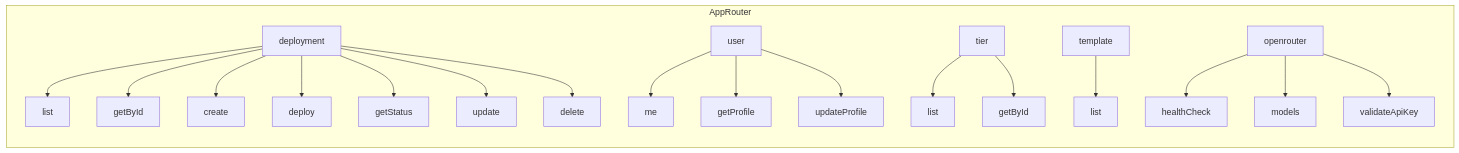
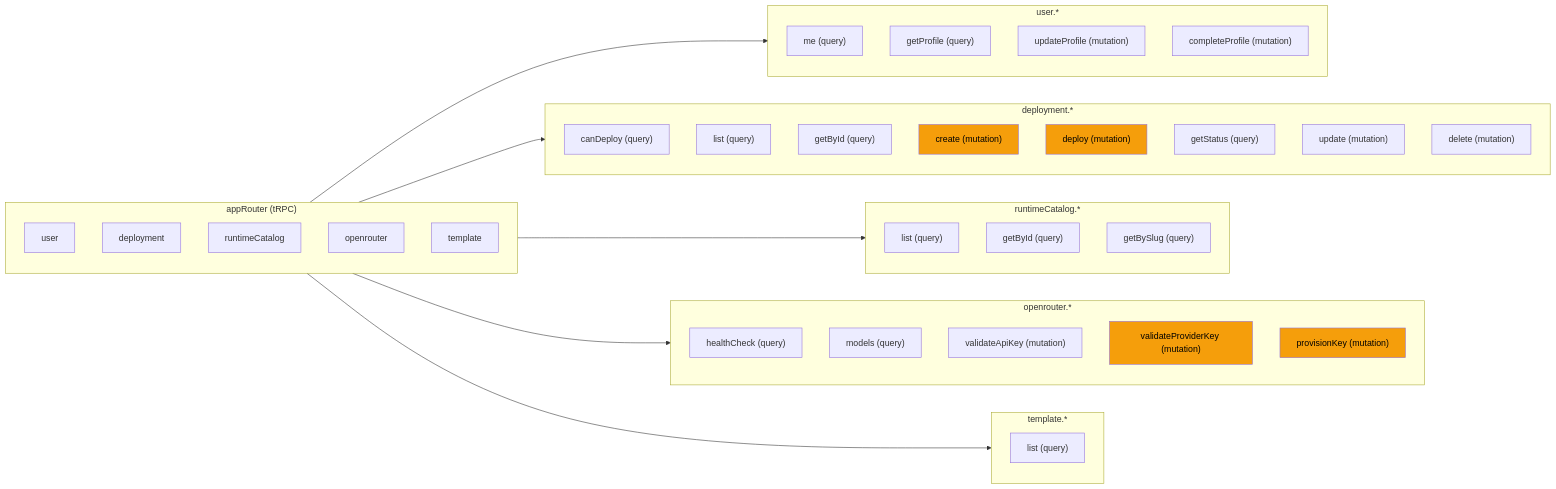
The third of 14 diagrams in ARCHITECTURE.md (Bretthb/jarble), drawn with Mermaid before and after one commit. The commit also changed other lines of this file and 18 other files, not shown here.

First line of the commit message:
Migrate to pay-as-you-go runtime catalog, dynamic wizard steps, multi-provider BYOK

````diff
--- a/ARCHITECTURE.md
+++ b/ARCHITECTURE.md
@@ -318,26 +190,63 @@
 ```mermaid
-flowchart LR
-    subgraph AppRouter
+graph LR
+    subgraph appRouter["appRouter (tRPC)"]
         direction TB
-        A["deployment"] --> A1["list"]
-        A --> A2["getById"]
-        A --> A3["create"]
-        A --> A4["deploy"]
-        A --> A5["getStatus"]
-        A --> A6["update"]
-        A --> A7["delete"]
+        UserRouter["user"]
+        DeployRouter["deployment"]
+        RuntimeRouter["runtimeCatalog"]
+        OpenRouterRouter["openrouter"]
+        TemplateRouter["template"]
+    end
 
-        B["user"] --> B1["me"]
-        B --> B2["getProfile"]
-        B --> B3["updateProfile"]
+    subgraph UserProcs["user.*"]
+        direction TB
+        UMe["me (query)"]
+        UProfile["getProfile (query)"]
+        UUpdate["updateProfile (mutation)"]
+        UComplete["completeProfile (mutation)"]
+    end
 
-        C["tier"] --> C1["list"]
-        C --> C2["getById"]
+    subgraph DeployProcs["deployment.*"]
+        direction TB
+        DCanDeploy["canDeploy (query)"]
+        DList["list (query)"]
+        DGetById["getById (query)"]
+        DCreate["create (mutation)"]
+        DDeploy["deploy (mutation)"]
+        DGetStatus["getStatus (query)"]
+        DUpdate["update (mutation)"]
+        DDelete["delete (mutation)"]
+    end
 
-        D["template"] --> D1["list"]
+    subgraph RuntimeProcs["runtimeCatalog.*"]
+        direction TB
+        RList["list (query)"]
+        RGetById["getById (query)"]
+        RGetBySlug["getBySlug (query)"]
+    end
 
-        E["openrouter"] --> E1["healthCheck"]
-        E --> E2["models"]
-        E --> E3["validateApiKey"]
+    subgraph ORProcs["openrouter.*"]
+        direction TB
+        ORHealth["healthCheck (query)"]
+        ORModels["models (query)"]
+        ORValidate["validateApiKey (mutation)"]
+        ORValidateProvider["validateProviderKey (mutation)"]
+        ORProvision["provisionKey (mutation)"]
     end
+
+    subgraph TemplateProcs["template.*"]
+        direction TB
+        TList["list (query)"]
+    end
+
+    UserRouter --> UserProcs
+    DeployRouter --> DeployProcs
+    RuntimeRouter --> RuntimeProcs
+    OpenRouterRouter --> ORProcs
+    TemplateRouter --> TemplateProcs
+
+    style DCreate fill:#f59e0b,color:#000
+    style DDeploy fill:#f59e0b,color:#000
+    style ORValidateProvider fill:#f59e0b,color:#000
+    style ORProvision fill:#f59e0b,color:#000
 ```
````
